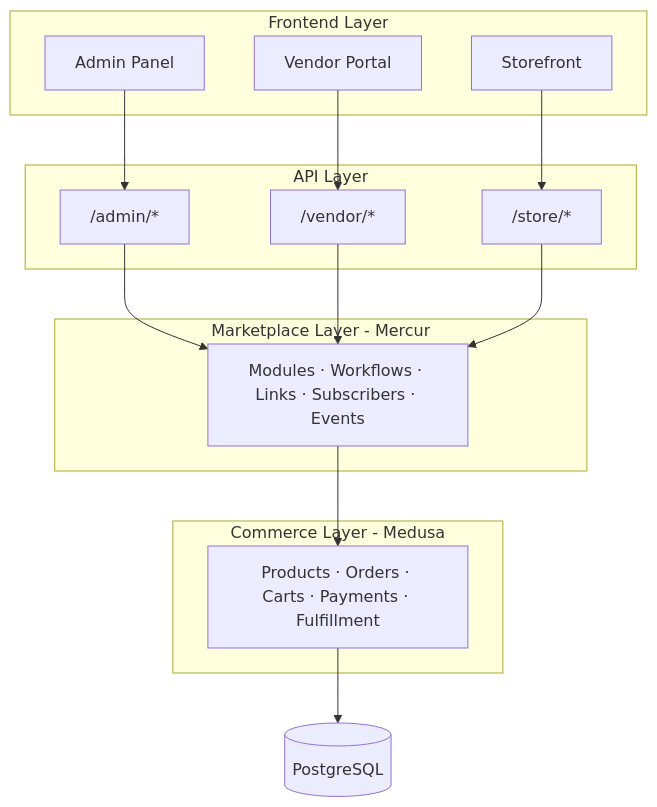
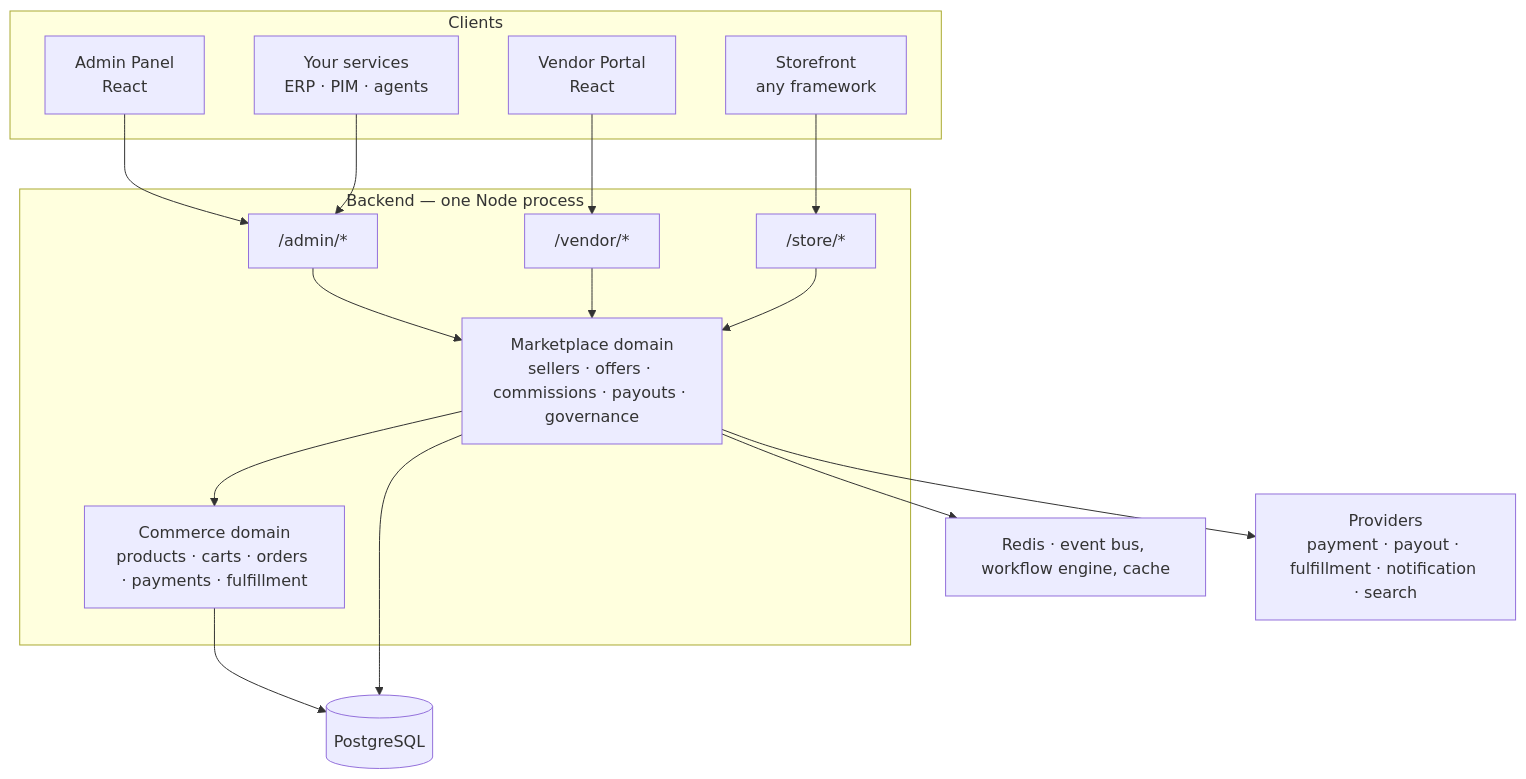
One commit to mercurjs/mercur changed the first of 2 diagrams in apps/docs/learn/architecture.mdx. Above: the diagram before and after it, drawn with Mermaid. The commit also changed other lines of this file, not shown here.

Commit message:
docs: rewrite architecture page around layers and extension zones

````diff
--- a/apps/docs/learn/architecture.mdx
+++ b/apps/docs/learn/architecture.mdx
@@ -25,33 +32,34 @@
 ```mermaid
 graph TD
-    subgraph Frontend Layer
-        A[Admin Panel]
-        B[Vendor Portal]
-        C[Storefront]
+    subgraph Clients
+        A[Admin Panel<br/>React]
+        B[Vendor Portal<br/>React]
+        C[Storefront<br/>any framework]
+        D[Your services<br/>ERP · PIM · agents]
     end
 
-    subgraph API Layer
-        D["/admin/*"]
-        E["/vendor/*"]
-        F["/store/*"]
+    subgraph "Backend — one Node process"
+        E["/admin/*"]
+        F["/vendor/*"]
+        G["/store/*"]
+        H[Marketplace domain<br/>sellers · offers · commissions · payouts · governance]
+        I[Commerce domain<br/>products · carts · orders · payments · fulfillment]
     end
 
-    subgraph Marketplace Layer - Mercur
-        G[Modules · Workflows · Links · Subscribers · Events]
-    end
+    J[(PostgreSQL)]
+    K[Redis · event bus, workflow engine, cache]
+    L[Providers<br/>payment · payout · fulfillment · notification · search]
 
-    subgraph Commerce Layer - Medusa
-        H[Products · Orders · Carts · Payments · Fulfillment]
-    end
-
-    I[(PostgreSQL)]
-
-    A --> D
-    B --> E
-    C --> F
-    D --> G
-    E --> G
-    F --> G
+    A --> E
+    B --> F
+    C --> G
+    D --> E
+    E --> H
+    F --> H
     G --> H
     H --> I
+    I --> J
+    H --> J
+    H --> K
+    H --> L
 ```
````
